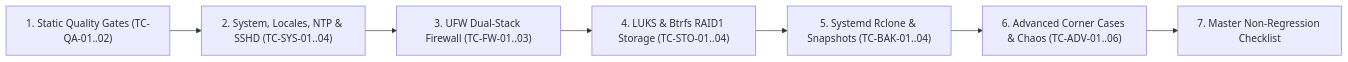
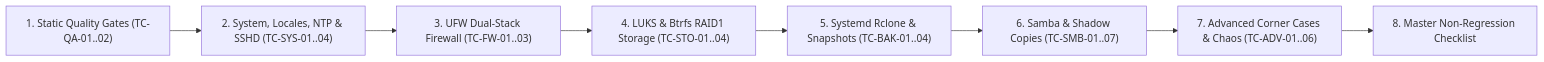
Before and after one commit to desnoe/domus: the diagram in docs/testing.md, drawn with Mermaid. The commit also changed other lines of this file and 21 other files, not shown here.

First line of the commit message:
feat(samba): add Samba role with shadow copies and macOS integration (#6)

````diff
--- a/docs/testing.md
+++ b/docs/testing.md
@@ -9,9 +9,10 @@
 ```mermaid
 flowchart LR
     QA["1. Static Quality Gates (TC-QA-01..02)"] --> SYS["2. System, Locales, NTP & SSHD (TC-SYS-01..04)"]
     SYS --> FW["3. UFW Dual-Stack Firewall (TC-FW-01..03)"]
     FW --> STO["4. LUKS & Btrfs RAID1 Storage (TC-STO-01..04)"]
     STO --> BAK["5. Systemd Rclone & Snapshots (TC-BAK-01..04)"]
-    BAK --> ADV["6. Advanced Corner Cases & Chaos (TC-ADV-01..06)"]
-    ADV --> RUN["7. Master Non-Regression Checklist"]
+    BAK --> SMB["6. Samba & Shadow Copies (TC-SMB-01..07)"]
+    SMB --> ADV["7. Advanced Corner Cases & Chaos (TC-ADV-01..06)"]
+    ADV --> RUN["8. Master Non-Regression Checklist"]
 ```
````
